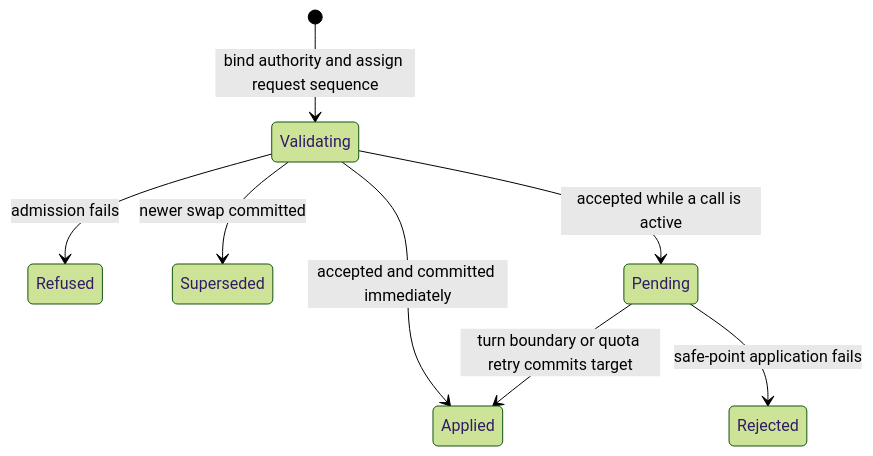
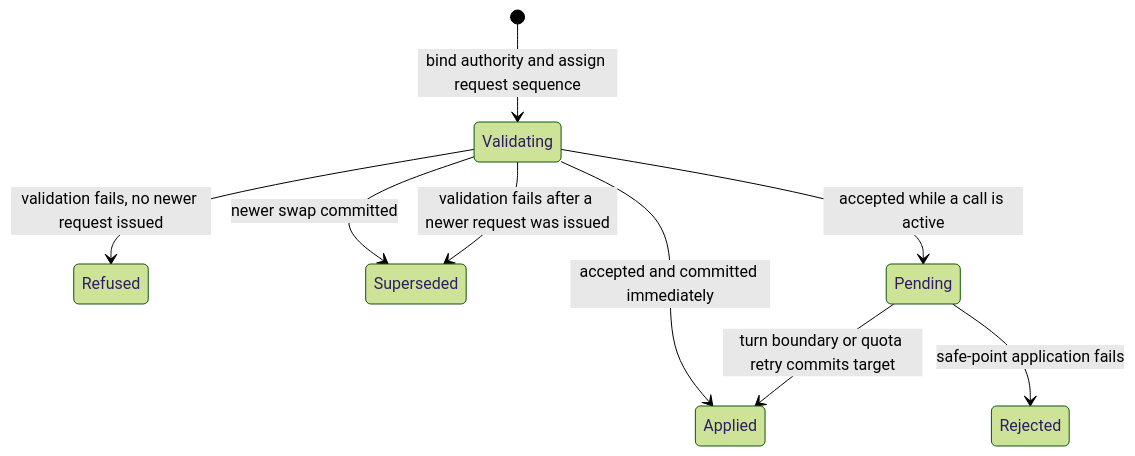
The first of 3 diagrams in docs/superpowers/specs/2026-11-15-model-switch-authority-design.md (prime-radiant-inc/evener), drawn with Mermaid (forest theme) before and after one commit. The commit also changed other lines of this file, not shown here.

First line of the commit message:
docs(model-control): separate the commit watermark from the validation-failure path

````diff
--- a/docs/superpowers/specs/2026-11-15-model-switch-authority-design.md
+++ b/docs/superpowers/specs/2026-11-15-model-switch-authority-design.md
@@ -202,10 +208,11 @@
 ```mermaid
 stateDiagram-v2
     [*] --> Validating: bind authority and assign request sequence
-    Validating --> Refused: admission fails
+    Validating --> Refused: validation fails, no newer request issued
     Validating --> Superseded: newer swap committed
+    Validating --> Superseded: validation fails after a newer request was issued
     Validating --> Pending: accepted while a call is active
     Validating --> Applied: accepted and committed immediately
     Pending --> Applied: turn boundary or quota retry commits target
     Pending --> Rejected: safe-point application fails
 ```
````
